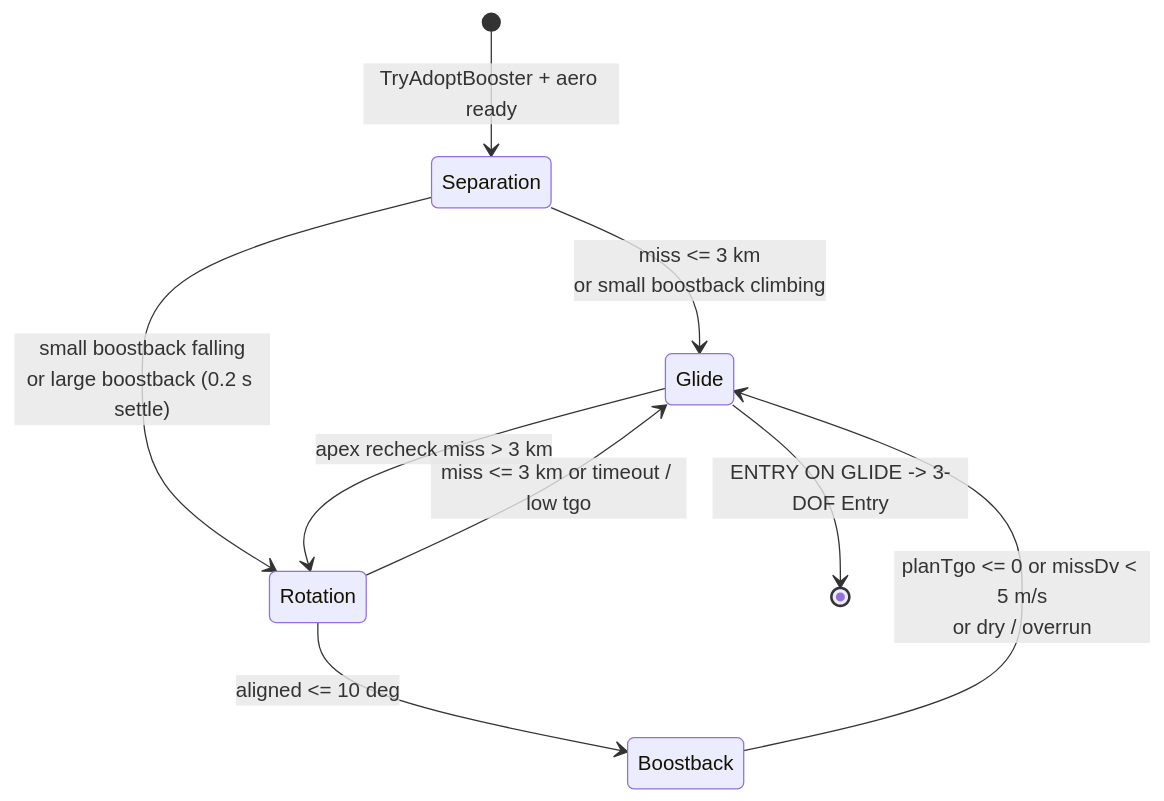
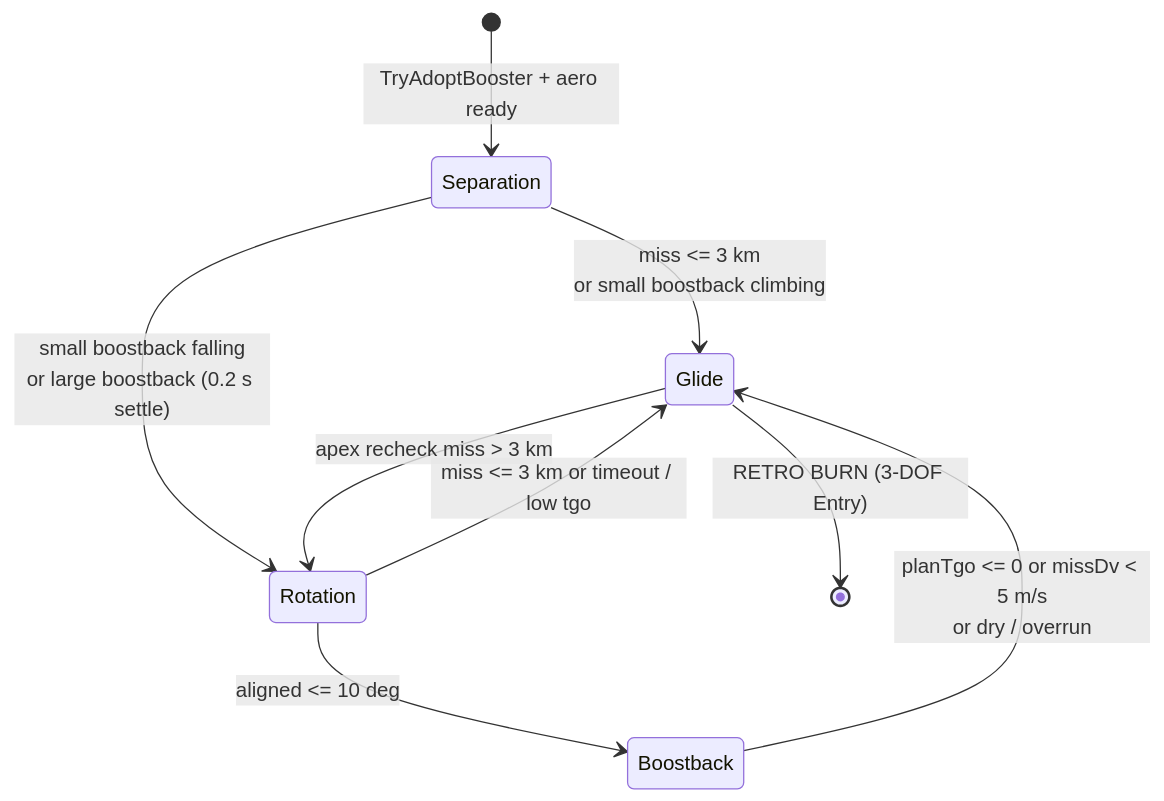
One commit to Maximilian-Nesslauer/KSA-AdvancedFlightComputer changed the diagram in docs/guidance/boostback.md. Above: the diagram before and after it, drawn with Mermaid. The commit also changed other lines of this file and 9 other files, not shown here.

````diff
--- a/docs/guidance/boostback.md
+++ b/docs/guidance/boostback.md
@@ -8,11 +8,11 @@
 ```mermaid
 stateDiagram-v2
     [*] --> Separation: TryAdoptBooster + aero ready
     Separation --> Glide: miss <= 3 km<br/>or small boostback climbing
     Separation --> Rotation: small boostback falling<br/>or large boostback (0.2 s settle)
     Rotation --> Boostback: aligned <= 10 deg
     Rotation --> Glide: miss <= 3 km or timeout / low tgo
     Boostback --> Glide: planTgo <= 0 or missDv < 5 m/s<br/>or dry / overrun
     Glide --> Rotation: apex recheck miss > 3 km
-    Glide --> [*]: ENTRY ON GLIDE -> 3-DOF Entry
+    Glide --> [*]: RETRO BURN (3-DOF Entry)
 ```
````
